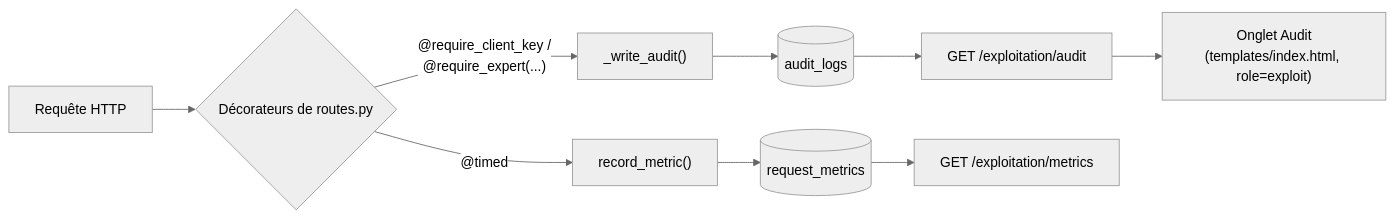
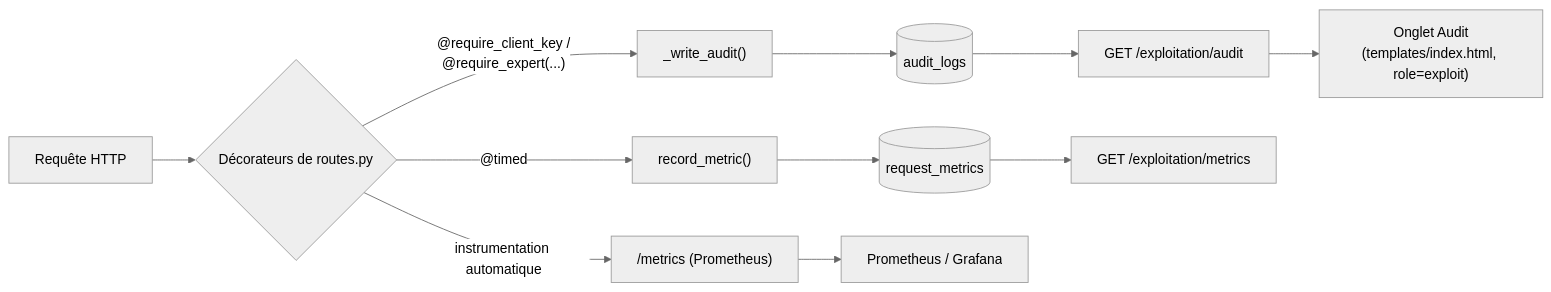
The diagram in docs/doc_technique_e5.md (ali-bousrira/VigiEau), drawn with Mermaid (neutral theme) before and after one commit. The commit also changed other lines of this file, not shown here.

````diff
--- a/docs/doc_technique_e5.md
+++ b/docs/doc_technique_e5.md
@@ -29,11 +29,13 @@
 ```mermaid
 flowchart LR
     R["Requête HTTP"] --> D{"Décorateurs de routes.py"}
     D -->|"@require_client_key /\n@require_expert(...)"| A["_write_audit()"]
     D -->|"@timed"| M["record_metric()"]
+    D -->|"instrumentation automatique"| P["/metrics (Prometheus)"]
     A --> AL[("audit_logs")]
     M --> RM[("request_metrics")]
     AL --> EA["GET /exploitation/audit"]
     RM --> EM["GET /exploitation/metrics"]
     EA --> UI["Onglet Audit\n(templates/index.html, role=exploit)"]
+    P --> PR["Prometheus / Grafana"]
 ```
````
